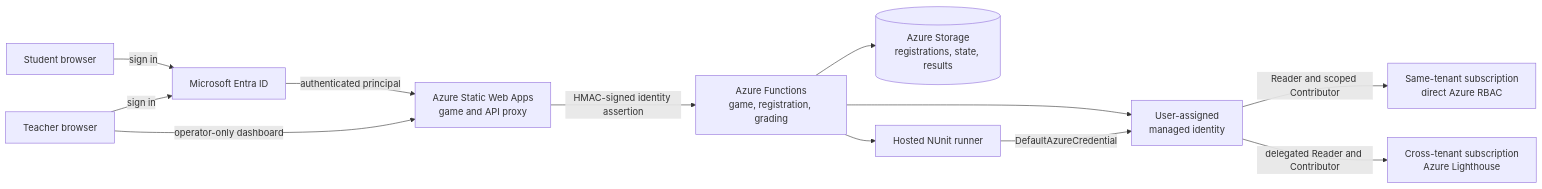
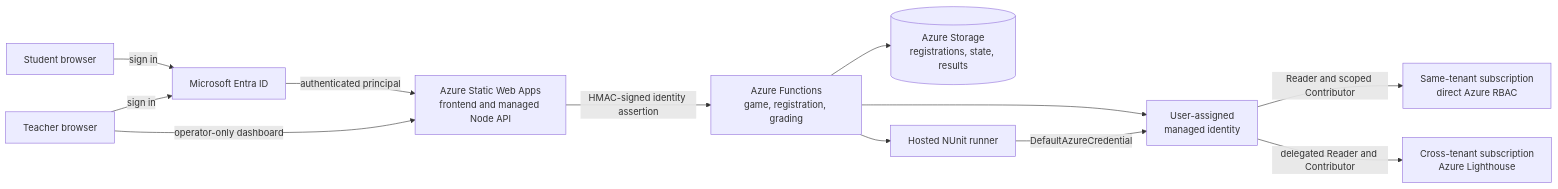
Before and after one commit to wongcyrus/AzureAutomaticGradingEngine_Assignments: the first of 5 diagrams in docs/technical-design.md, drawn with Mermaid. The commit also changed other lines of this file and 3 other files, not shown here.

Commit message:
Clarify Static Web Apps API topology

````diff
--- a/docs/technical-design.md
+++ b/docs/technical-design.md
@@ -19,25 +19,25 @@
 ```mermaid
 flowchart LR
     Student[Student browser]
     Teacher[Teacher browser]
     Entra[Microsoft Entra ID]
-    SWA[Azure Static Web Apps<br/>game and API proxy]
+    SWA[Azure Static Web Apps<br/>frontend and managed Node API]
     Function[Azure Functions<br/>game, registration, grading]
     Identity[User-assigned<br/>managed identity]
     Storage[(Azure Storage<br/>registrations, state, results)]
     Direct[Same-tenant subscription<br/>direct Azure RBAC]
     Lighthouse[Cross-tenant subscription<br/>Azure Lighthouse]
     Runner[Hosted NUnit runner]
 
     Student -->|sign in| Entra
     Teacher -->|sign in| Entra
     Entra -->|authenticated principal| SWA
     SWA -->|HMAC-signed identity assertion| Function
     Teacher -->|operator-only dashboard| SWA
     Function --> Storage
     Function --> Runner
     Function --> Identity
     Identity -->|Reader and scoped Contributor| Direct
     Identity -->|delegated Reader and Contributor| Lighthouse
     Runner -->|DefaultAzureCredential| Identity
 ```
````
